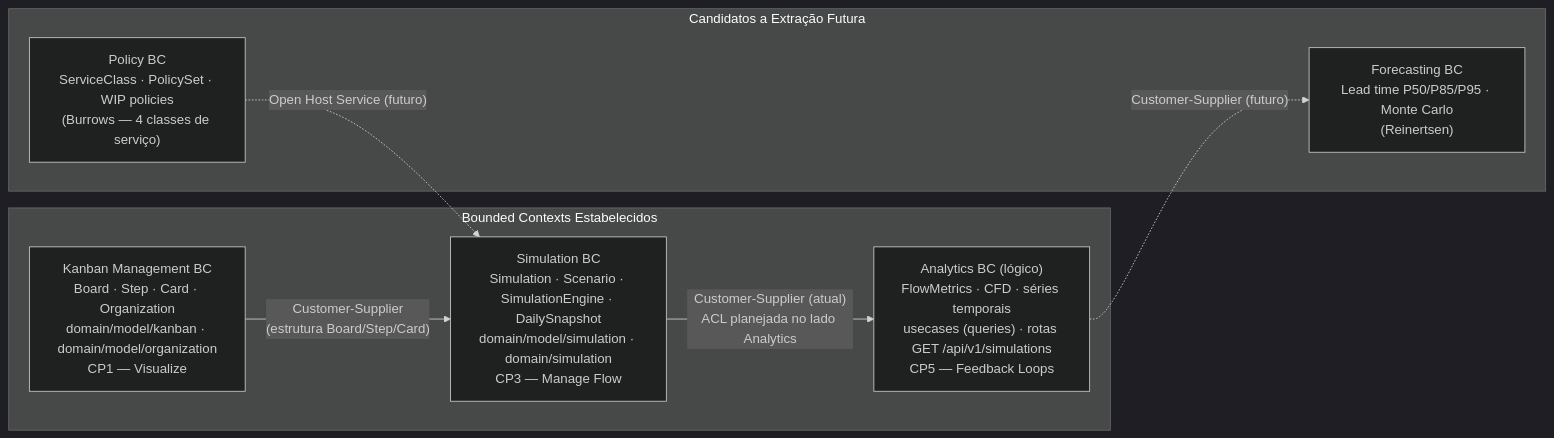
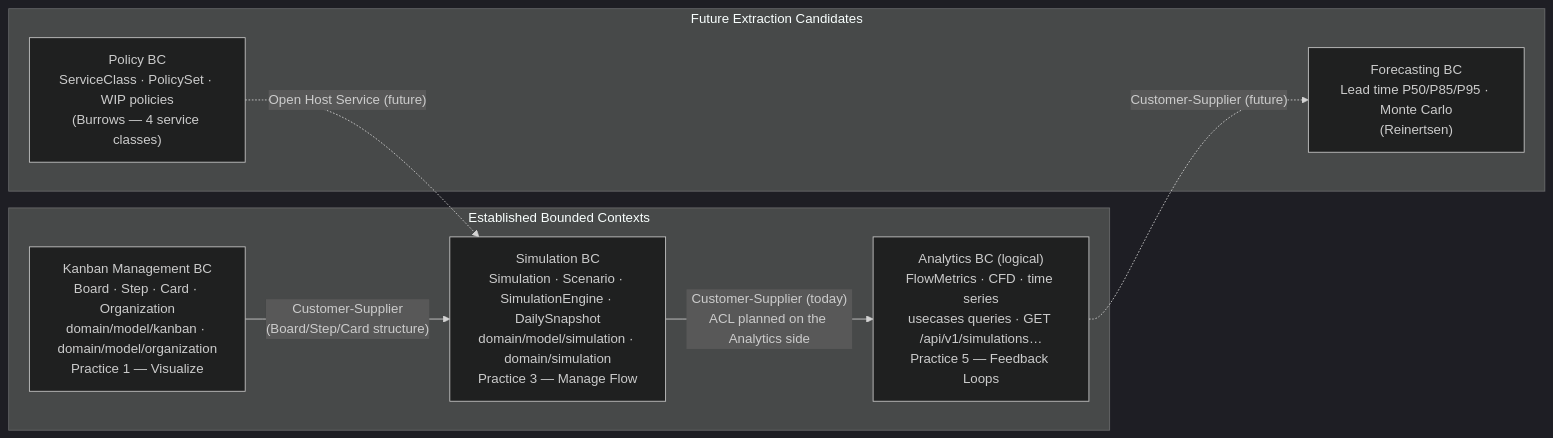
One commit to agnaldo4j/kanban-vision-api-kt changed the diagram in docs/context-map.md. Above: the diagram before and after it, drawn with Mermaid (dark theme). The commit also changed other lines of this file and 1 other file, not shown here.

First line of the commit message:
docs: deepen and translate living docs to English (api-versioning, context-map) (#258)

````diff
--- a/docs/context-map.md
+++ b/docs/context-map.md
@@ -9,16 +14,16 @@
 ```mermaid
 graph LR
-    subgraph EST["Bounded Contexts Estabelecidos"]
-        KM["Kanban Management BC<br/>Board · Step · Card · Organization<br/>domain/model/kanban · domain/model/organization<br/>CP1 — Visualize"]
-        SIM["Simulation BC<br/>Simulation · Scenario · SimulationEngine · DailySnapshot<br/>domain/model/simulation · domain/simulation<br/>CP3 — Manage Flow"]
-        ANA["Analytics BC (lógico)<br/>FlowMetrics · CFD · séries temporais<br/>usecases (queries) · rotas GET /api/v1/simulations<br/>CP5 — Feedback Loops"]
+    subgraph EST["Established Bounded Contexts"]
+        KM["Kanban Management BC<br/>Board · Step · Card · Organization<br/>domain/model/kanban · domain/model/organization<br/>Practice 1 — Visualize"]
+        SIM["Simulation BC<br/>Simulation · Scenario · SimulationEngine · DailySnapshot<br/>domain/model/simulation · domain/simulation<br/>Practice 3 — Manage Flow"]
+        ANA["Analytics BC (logical)<br/>FlowMetrics · CFD · time series<br/>usecases queries · GET /api/v1/simulations…<br/>Practice 5 — Feedback Loops"]
     end
-    subgraph FUT["Candidatos a Extração Futura"]
+    subgraph FUT["Future Extraction Candidates"]
         FOR["Forecasting BC<br/>Lead time P50/P85/P95 · Monte Carlo<br/>(Reinertsen)"]
-        POL["Policy BC<br/>ServiceClass · PolicySet · WIP policies<br/>(Burrows — 4 classes de serviço)"]
+        POL["Policy BC<br/>ServiceClass · PolicySet · WIP policies<br/>(Burrows — 4 service classes)"]
     end
-    KM -->|"Customer-Supplier<br/>(estrutura Board/Step/Card)"| SIM
-    SIM -->|"Customer-Supplier (atual)<br/>ACL planejada no lado Analytics"| ANA
-    ANA -.->|"Customer-Supplier (futuro)"| FOR
-    POL -.->|"Open Host Service (futuro)"| SIM
+    KM -->|"Customer-Supplier<br/>(Board/Step/Card structure)"| SIM
+    SIM -->|"Customer-Supplier (today)<br/>ACL planned on the Analytics side"| ANA
+    ANA -.->|"Customer-Supplier (future)"| FOR
+    POL -.->|"Open Host Service (future)"| SIM
 ```
````
